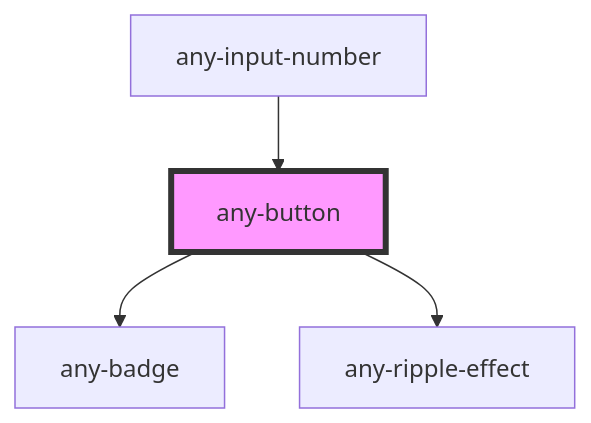
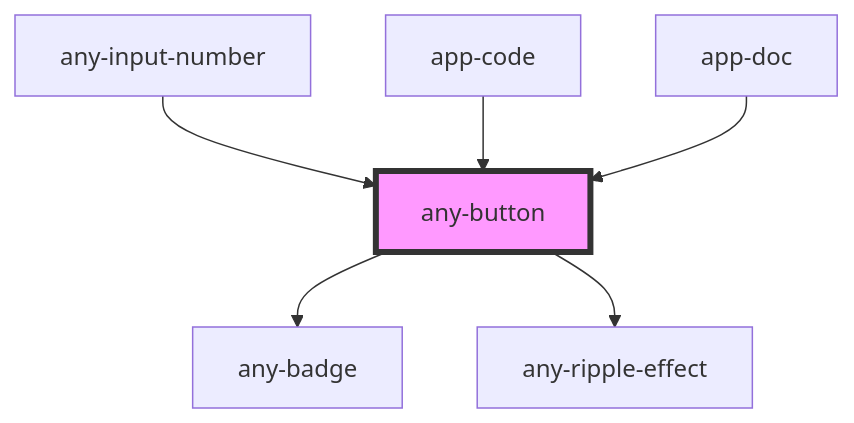
One commit to adaleks/anywhere-ui changed the diagram in packages/core/src/components/button/readme.md. Above: the diagram before and after it, drawn with Mermaid. The commit also changed other lines of this file and 116 other files, not shown here.

````diff
--- a/packages/core/src/components/button/readme.md
+++ b/packages/core/src/components/button/readme.md
@@ -70,7 +72,9 @@
 ```mermaid
 graph TD;
   any-button --> any-badge
   any-button --> any-ripple-effect
   any-input-number --> any-button
+  app-code --> any-button
+  app-doc --> any-button
   style any-button fill:#f9f,stroke:#333,stroke-width:4px
 ```
````
